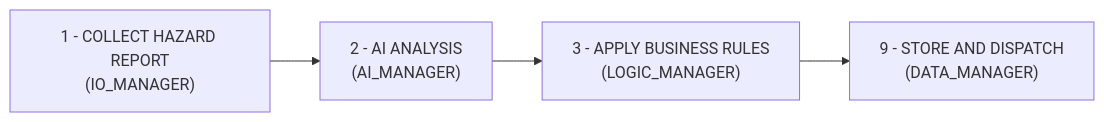
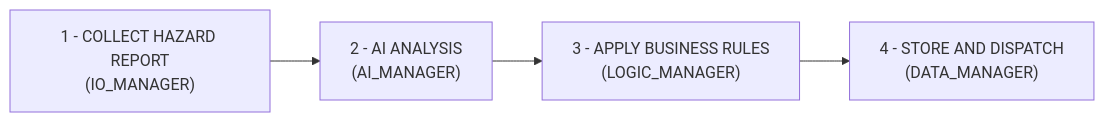
Before and after one commit to 2603229/INF1103_P3_T4: the diagram in Team4_Project_initial_details.md, drawn with Mermaid.

Commit message:
Updated project details and workflow diagram

````diff
--- a/Team4_Project_initial_details.md
+++ b/Team4_Project_initial_details.md
@@ -30,6 +30,6 @@
 ```mermaid
 graph LR
 A["1 - COLLECT HAZARD REPORT<br>(IO_MANAGER)"] --> B["2 - AI ANALYSIS<br>(AI_MANAGER)"]
     B --> C["3 - APPLY BUSINESS RULES<br>(LOGIC_MANAGER)"]
-    C --> D["9 - STORE AND DISPATCH<br>(DATA_MANAGER)"]
+    C --> D["4 - STORE AND DISPATCH<br>(DATA_MANAGER)"]
 ```
````
